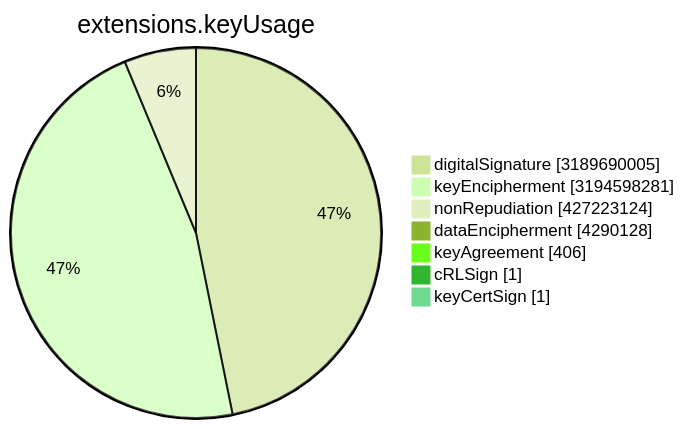
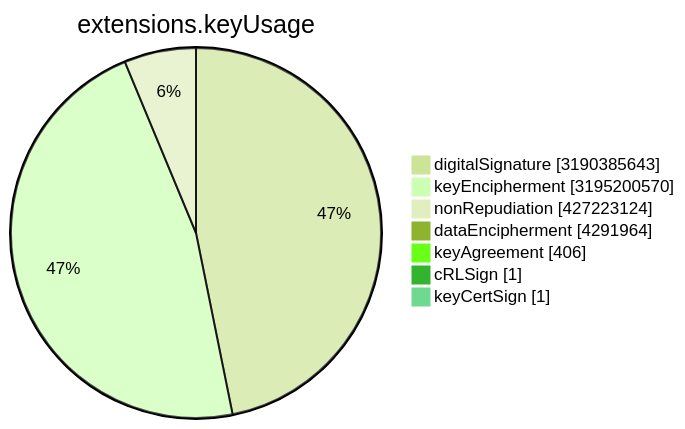
One commit to christiankrug/ctmonitor_visualization changed the sixth of 15 diagrams in TOTAL/README.md. Above: the diagram before and after it, drawn with Mermaid (forest theme). The commit also changed other lines of this file, not shown here.

````diff
--- a/TOTAL/README.md
+++ b/TOTAL/README.md
@@ -3077,11 +3077,11 @@
 ```mermaid
 pie showData
 title extensions.keyUsage
-"digitalSignature" :3189690005
-"keyEncipherment" :3194598281
+"digitalSignature" :3190385643
+"keyEncipherment" :3195200570
 "nonRepudiation" :427223124
-"dataEncipherment" :4290128
+"dataEncipherment" :4291964
 "keyAgreement" :406
 "cRLSign" :1
 "keyCertSign" :1
 ```
````
